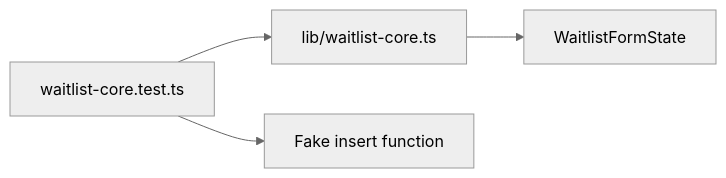
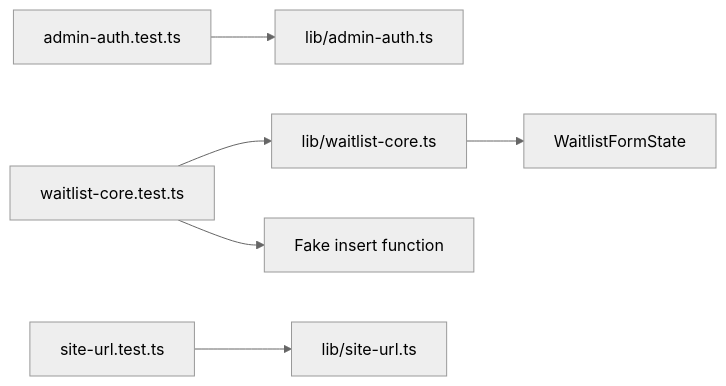
Before and after one commit to KipianiNikoloz/FoodLoop: the diagram in tests/README.md, drawn with Mermaid (neutral theme). The commit also changed other lines of this file and 10 other files, not shown here.

````diff
--- a/tests/README.md
+++ b/tests/README.md
@@ -7,11 +7,17 @@
 ```mermaid
 flowchart LR
   Test[waitlist-core.test.ts]
+  AdminTest[admin-auth.test.ts]
+  SiteUrlTest[site-url.test.ts]
   Core[lib/waitlist-core.ts]
+  Admin[lib/admin-auth.ts]
+  SiteUrl[lib/site-url.ts]
   FakeInsert[Fake insert function]
   State[WaitlistFormState]
 
   Test --> Core
   Test --> FakeInsert
   Core --> State
+  AdminTest --> Admin
+  SiteUrlTest --> SiteUrl
 ```
````
